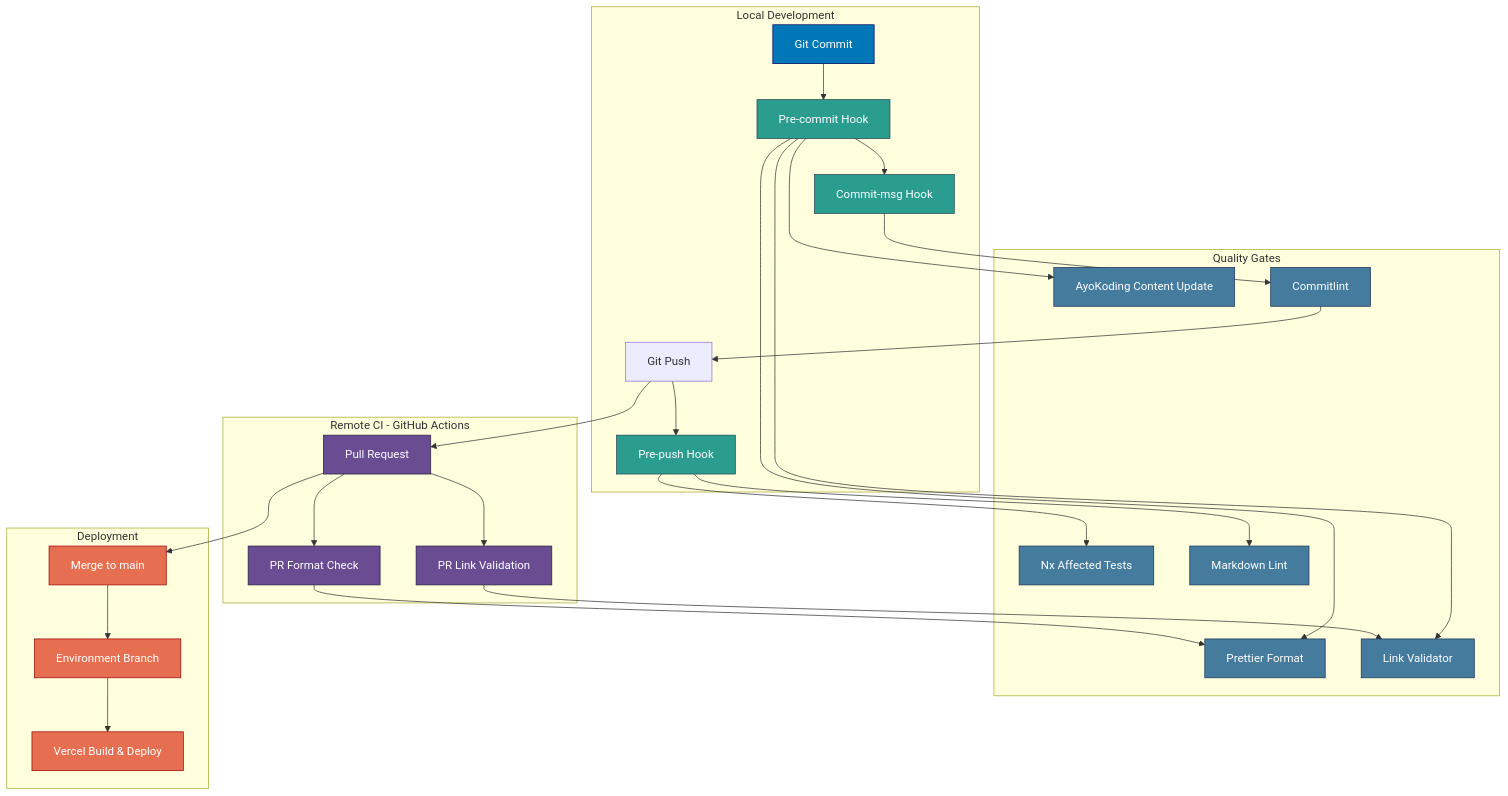
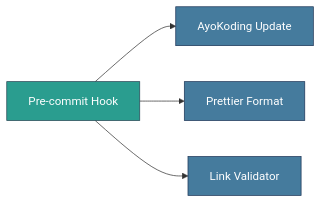
The second of 4 diagrams in docs/reference/system-architecture/ci-cd.md (wahidyankf/open-sharia-enterprise), drawn with Mermaid before and after one commit. The commit also changed other lines of this file and 9 other files, not shown here.

First line of the commit message:
fix(docs): fix mermaid violations in architecture docs

````diff
--- a/docs/reference/system-architecture/ci-cd.md
+++ b/docs/reference/system-architecture/ci-cd.md
@@ -21,72 +42,16 @@
 ```mermaid
-graph TB
-    subgraph "Local Development"
-        COMMIT[Git Commit]
-        PRE_COMMIT[Pre-commit Hook]
-        COMMIT_MSG[Commit-msg Hook]
-        PUSH[Git Push]
-        PRE_PUSH[Pre-push Hook]
-    end
+graph LR
+    PRE_COMMIT[Pre-commit Hook]
+    AYOKODING[AyoKoding Update]
+    PRETTIER[Prettier Format]
+    LINK_VAL[Link Validator]
 
-    subgraph "Remote CI - GitHub Actions"
-        PR[Pull Request]
-        FORMAT[PR Format Check]
-        LINKS[PR Link Validation]
-    end
-
-    subgraph "Quality Gates"
-        PRETTIER[Prettier Format]
-        AYOKODING[AyoKoding Content Update]
-        LINK_VAL[Link Validator]
-        COMMITLINT[Commitlint]
-        TEST_QUICK[Nx Affected Tests]
-        MD_LINT[Markdown Lint]
-    end
-
-    subgraph "Deployment"
-        MERGE[Merge to main]
-        ENV_BRANCH[Environment Branch]
-        VERCEL[Vercel Build & Deploy]
-    end
-
-    COMMIT --> PRE_COMMIT
     PRE_COMMIT --> AYOKODING
     PRE_COMMIT --> PRETTIER
     PRE_COMMIT --> LINK_VAL
-    PRE_COMMIT --> COMMIT_MSG
 
-    COMMIT_MSG --> COMMITLINT
-    COMMITLINT --> PUSH
-
-    PUSH --> PRE_PUSH
-    PRE_PUSH --> TEST_QUICK
-    PRE_PUSH --> MD_LINT
-
-    PUSH --> PR
-    PR --> FORMAT
-    PR --> LINKS
-
-    FORMAT --> PRETTIER
-    LINKS --> LINK_VAL
-
-    PR --> MERGE
-    MERGE --> ENV_BRANCH
-    ENV_BRANCH --> VERCEL
-
-    style COMMIT fill:#0077b6,stroke:#03045e,color:#ffffff
     style PRE_COMMIT fill:#2a9d8f,stroke:#264653,color:#ffffff
-    style COMMIT_MSG fill:#2a9d8f,stroke:#264653,color:#ffffff
-    style PRE_PUSH fill:#2a9d8f,stroke:#264653,color:#ffffff
-    style PR fill:#6a4c93,stroke:#22223b,color:#ffffff
-    style FORMAT fill:#6a4c93,stroke:#22223b,color:#ffffff
-    style LINKS fill:#6a4c93,stroke:#22223b,color:#ffffff
     style PRETTIER fill:#457b9d,stroke:#1d3557,color:#ffffff
     style AYOKODING fill:#457b9d,stroke:#1d3557,color:#ffffff
     style LINK_VAL fill:#457b9d,stroke:#1d3557,color:#ffffff
-    style COMMITLINT fill:#457b9d,stroke:#1d3557,color:#ffffff
-    style TEST_QUICK fill:#457b9d,stroke:#1d3557,color:#ffffff
-    style MD_LINT fill:#457b9d,stroke:#1d3557,color:#ffffff
-    style MERGE fill:#e76f51,stroke:#9d0208,color:#ffffff
-    style ENV_BRANCH fill:#e76f51,stroke:#9d0208,color:#ffffff
-    style VERCEL fill:#e76f51,stroke:#9d0208,color:#ffffff
 ```
````
